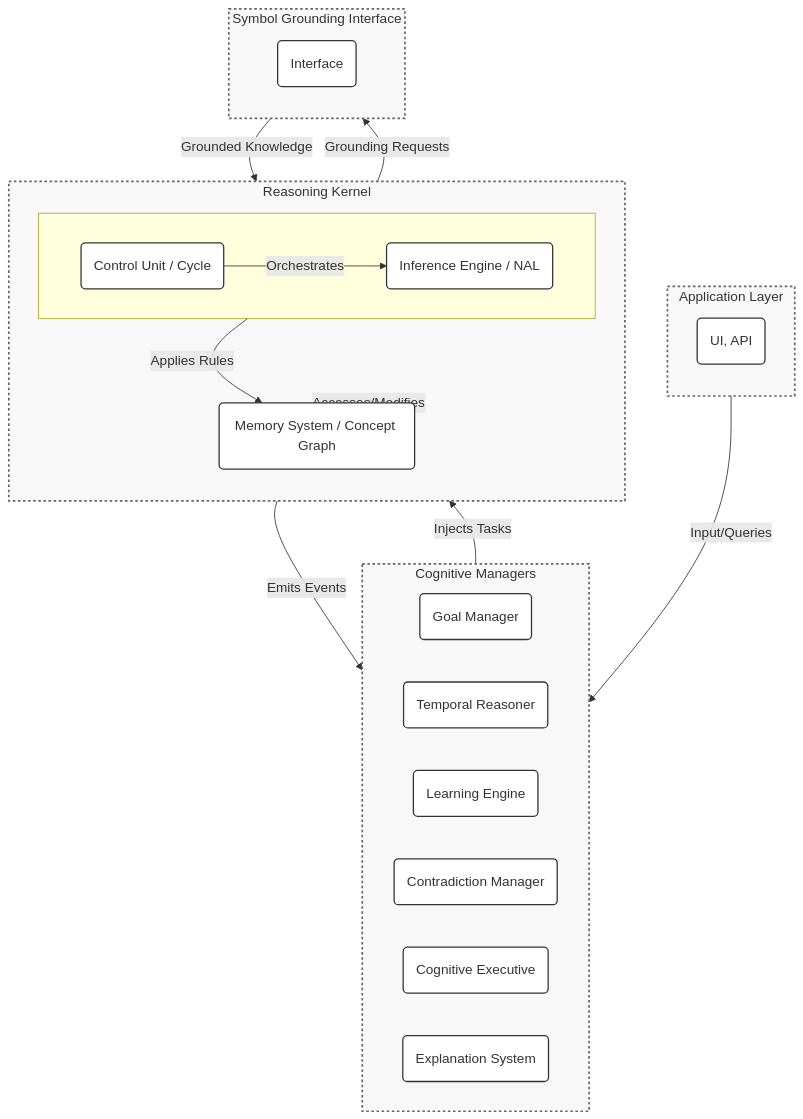
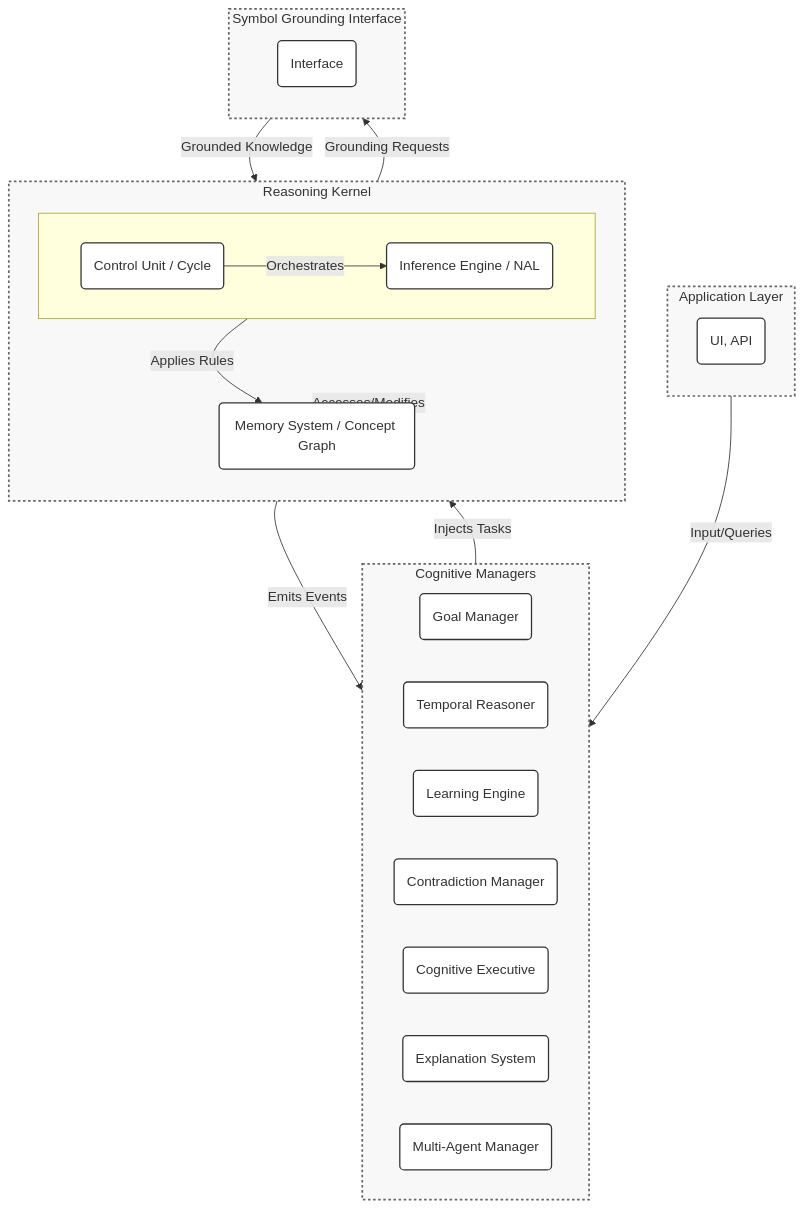
The first of 2 diagrams in README.md (automenta/hypernars2), drawn with Mermaid before and after one commit. The commit also changed other lines of this file, not shown here.

````diff
--- a/README.md
+++ b/README.md
@@ -75,45 +76,46 @@
 ```mermaid
 graph TD
     subgraph AppLayer [Application Layer]
         direction TB
         UI_API(UI, API)
     end
 
     subgraph CogManagers [Cognitive Managers]
         direction LR
         GoalManager(Goal Manager)
         TemporalReasoner(Temporal Reasoner)
         LearningEngine(Learning Engine)
         ContradictionManager(Contradiction Manager)
         MetaReasoner(Cognitive Executive)
         ExplanationSystem(Explanation System)
+        MultiAgentManager(Multi-Agent Manager)
     end
 
     subgraph Kernel [Reasoning Kernel]
         direction TB
         subgraph ControlInference [ ]
             direction LR
             ControlUnit(Control Unit / Cycle)
             InferenceEngine(Inference Engine / NAL)
         end
         MemorySystem(Memory System / Concept Graph)
     end
 
     subgraph Grounding [Symbol Grounding Interface]
         direction TB
         GroundingInterface(Interface)
     end
 
     UI_API -- "Input/Queries" --> CogManagers
     CogManagers -- "Injects Tasks" --> Kernel
     Kernel -- "Emits Events" --> CogManagers
     Kernel -- "Accesses/Modifies" --> MemorySystem
     InferenceEngine -- "Applies Rules" --> MemorySystem
     ControlUnit -- "Orchestrates" --> InferenceEngine
     Kernel -- "Grounding Requests" --> Grounding
     Grounding -- "Grounded Knowledge" --> Kernel
 
     classDef default fill:#fff,stroke:#333,stroke-width:1.5px;
     classDef layer fill:#f8f8f8,stroke:#666,stroke-width:2px,stroke-dasharray: 3 3;
     class AppLayer,CogManagers,Kernel,Grounding layer;
 ```
````
